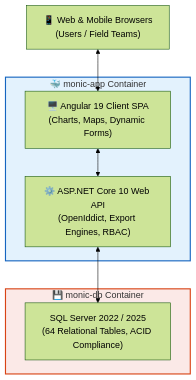
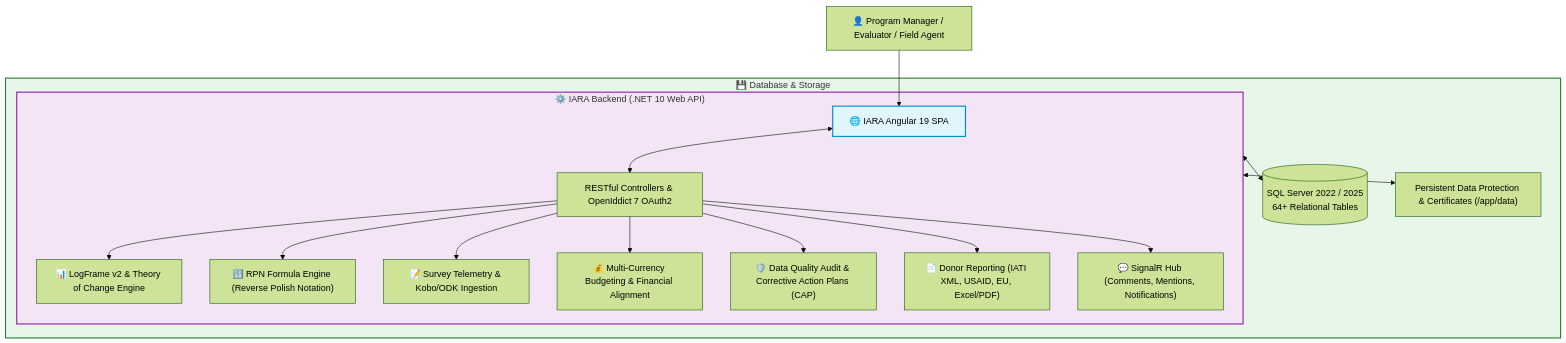
The diagram in README.md (Matandaelis/IARA-MONITORING-AND-EVALUATION), drawn with Mermaid (forest theme) before and after one commit. The commit also changed other lines of this file, not shown here.

Commit message:
docs: update README with factual architecture, capabilities, and setup guide

````diff
--- a/README.md
+++ b/README.md
@@ -259,20 +25,24 @@
 ```mermaid
 graph TD
-    Client["📱 Web & Mobile Browsers<br/>(Users / Field Teams)"]
+    User["👤 Program Manager / Evaluator / Field Agent"] --> Gateway["🌐 IARA Angular 19 SPA"]
     
-    subgraph AppContainer ["🐳 monic-app Container"]
-        Frontend["🖥️ Angular 19 Client SPA<br/>(Charts, Maps, Dynamic Forms)"]
-        Backend["⚙️ ASP.NET Core 10 Web API<br/>(OpenIddict, Export Engines, RBAC)"]
-        Frontend <--> Backend
-    end
-    
-    subgraph DBContainer ["💾 monic-db Container"]
-        SQL["SQL Server 2022 / 2025<br/>(64 Relational Tables, ACID Compliance)"]
+    subgraph CorePlatform ["⚙️ IARA Backend (.NET 10 Web API)"]
+        Gateway <--> API["RESTful Controllers & OpenIddict 7 OAuth2"]
+        API --> LogFrameEngine["📊 LogFrame v2 & Theory of Change Engine"]
+        API --> FormulaCalc["🔢 RPN Formula Engine (Reverse Polish Notation)"]
+        API --> SurveySync["📝 Survey Telemetry & Kobo/ODK Ingestion"]
+        API --> BudgetService["💰 Multi-Currency Budgeting & Financial Alignment"]
+        API --> GovEngine["🛡️ Data Quality Audit & Corrective Action Plans (CAP)"]
+        API --> ExportEngine["📄 Donor Reporting (IATI XML, USAID, EU, Excel/PDF)"]
+        API --> CollabHub["💬 SignalR Hub (Comments, Mentions, Notifications)"]
     end
 
-    Client <--> Frontend
-    Backend <--> SQL
+    subgraph DataStorage ["💾 Database & Storage"]
+        CorePlatform <--> SQLServer[(SQL Server 2022 / 2025<br/>64+ Relational Tables)]
+        CorePlatform <--> FileStore["Persistent Data Protection & Certificates (/app/data)"]
+    end
 
-    style AppContainer fill:#e3f2fd,stroke:#1565c0,stroke-width:2px;
-    style DBContainer fill:#fbe9e7,stroke:#d84315,stroke-width:2px;
+    style Gateway fill:#e1f5fe,stroke:#0288d1,stroke-width:2px;
+    style CorePlatform fill:#f3e5f5,stroke:#8e24aa,stroke-width:2px;
+    style DataStorage fill:#e8f5e9,stroke:#2e7d32,stroke-width:2px;
 ```
````
